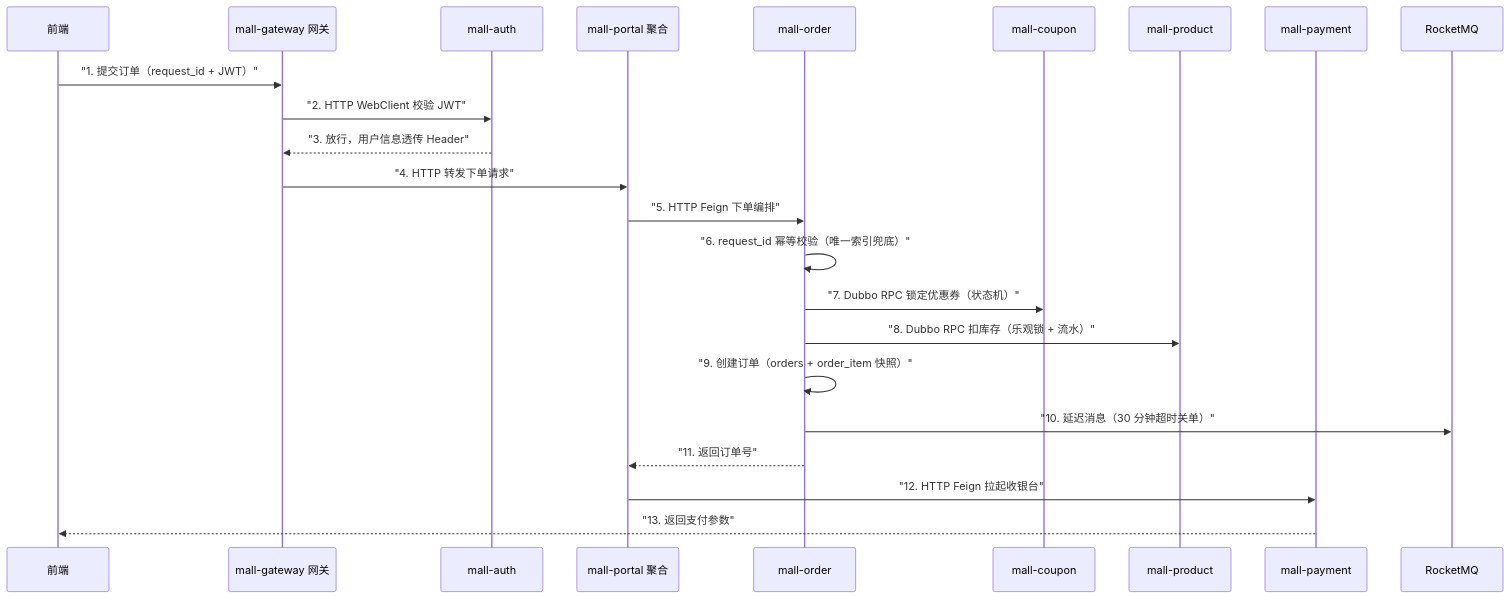
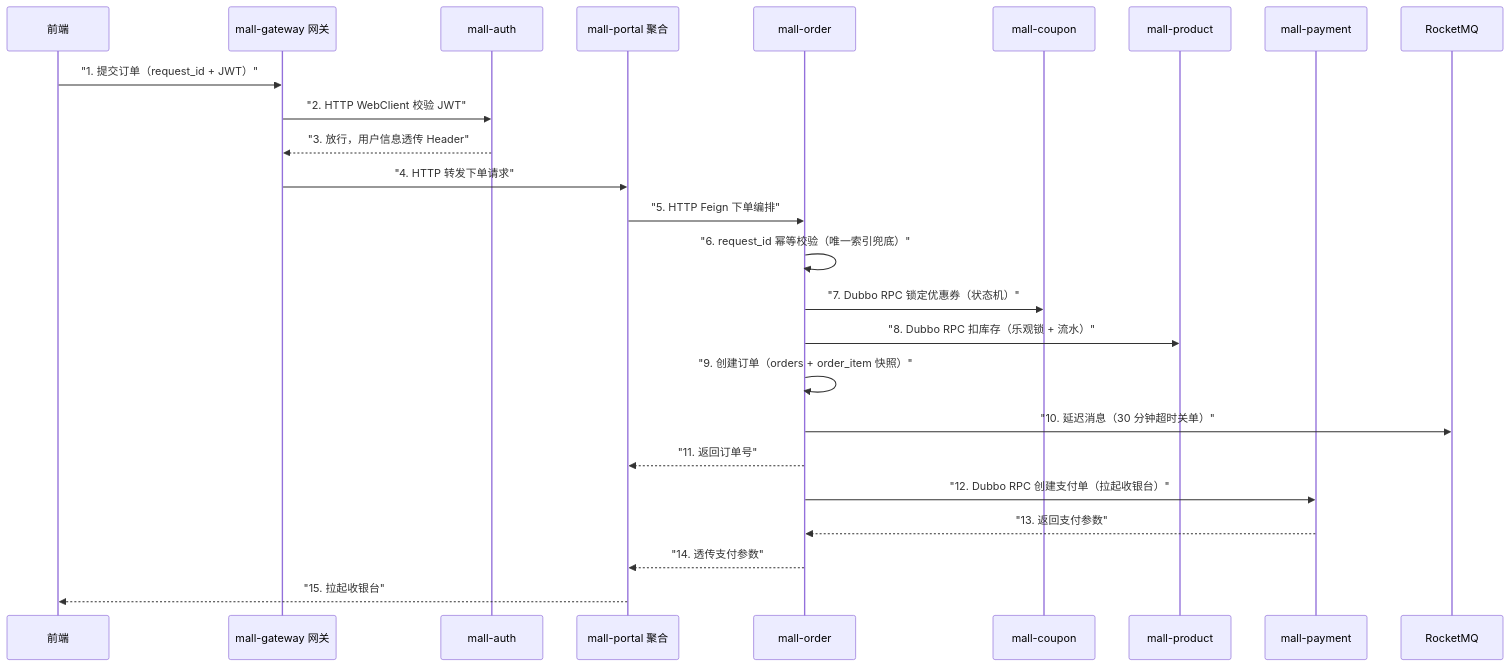
The third of 5 diagrams in README.md (renmingl/mall-practice), drawn with Mermaid before and after one commit. The commit also changed other lines of this file and 4 other files, not shown here.

````diff
--- a/README.md
+++ b/README.md
@@ -573,26 +632,28 @@
 ```mermaid
 sequenceDiagram
     participant UI as 前端
     participant GW as mall-gateway 网关
     participant AUTH as mall-auth
     participant PORTAL as mall-portal 聚合
     participant ORDER as mall-order
     participant COUPON as mall-coupon
     participant PRODUCT as mall-product
     participant PAY as mall-payment
     participant MQ as RocketMQ
 
     UI->>GW: "1. 提交订单（request_id + JWT）"
     GW->>AUTH: "2. HTTP WebClient 校验 JWT"
     AUTH-->>GW: "3. 放行，用户信息透传 Header"
     GW->>PORTAL: "4. HTTP 转发下单请求"
     PORTAL->>ORDER: "5. HTTP Feign 下单编排"
     ORDER->>ORDER: "6. request_id 幂等校验（唯一索引兜底）"
     ORDER->>COUPON: "7. Dubbo RPC 锁定优惠券（状态机）"
     ORDER->>PRODUCT: "8. Dubbo RPC 扣库存（乐观锁 + 流水）"
     ORDER->>ORDER: "9. 创建订单（orders + order_item 快照）"
     ORDER->>MQ: "10. 延迟消息（30 分钟超时关单）"
     ORDER-->>PORTAL: "11. 返回订单号"
-    PORTAL->>PAY: "12. HTTP Feign 拉起收银台"
-    PAY-->>UI: "13. 返回支付参数"
+    ORDER->>PAY: "12. Dubbo RPC 创建支付单（拉起收银台）"
+    PAY-->>ORDER: "13. 返回支付参数"
+    ORDER-->>PORTAL: "14. 透传支付参数"
+    PORTAL-->>UI: "15. 拉起收银台"
 ```
````
